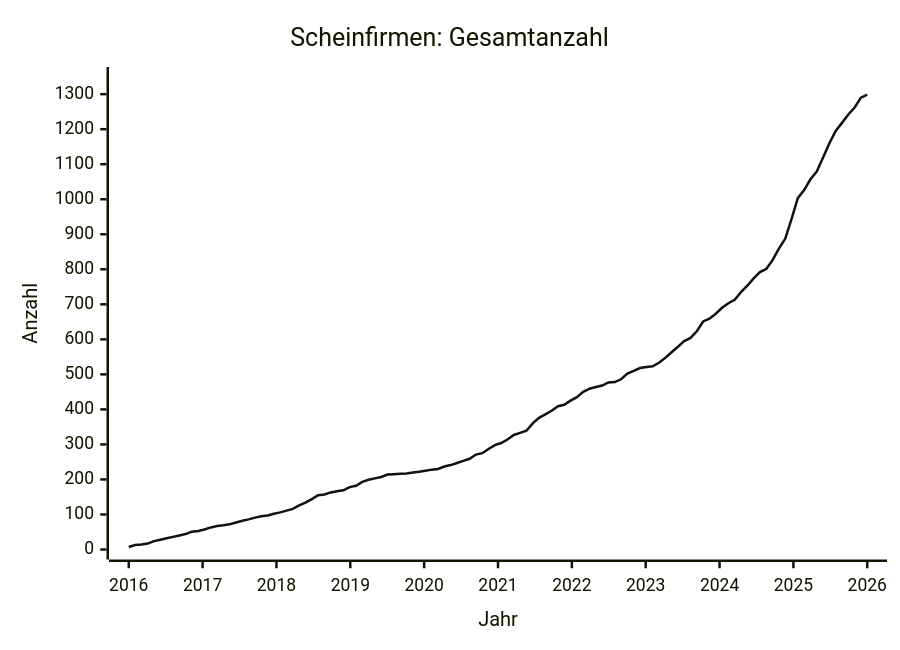
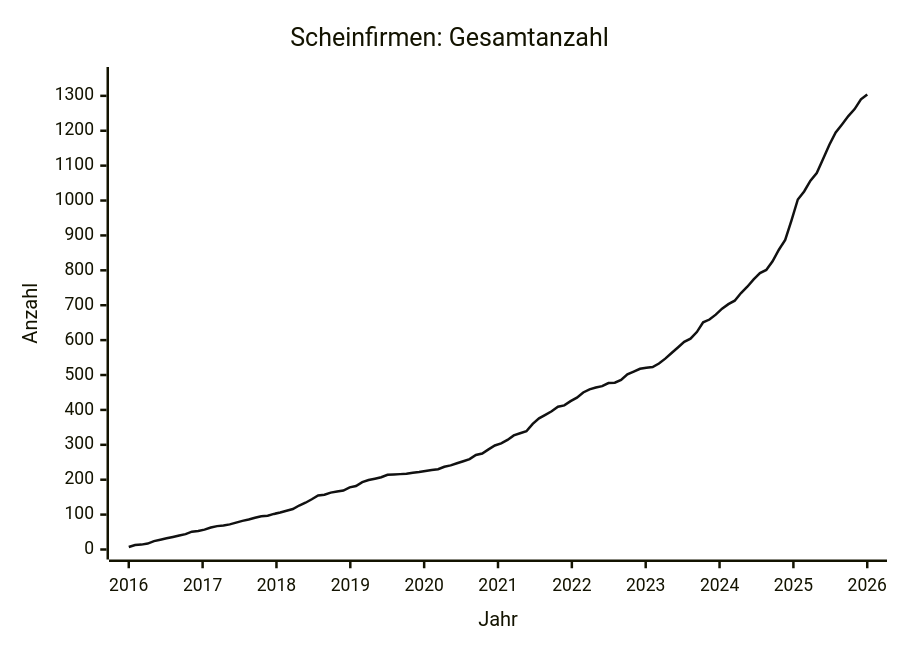
The diagram in data/STATS.md (arjoma/scheinfirmen-at), drawn with Mermaid before and after one commit. The commit also changed other lines of this file and 3 other files, not shown here.

````diff
--- a/data/STATS.md
+++ b/data/STATS.md
@@ -9,13 +9,13 @@
 ```mermaid
 ---
 config:
   themeVariables:
     xyChart:
       plotColorPalette: "#111111"
 ---
 xychart-beta
     title "Scheinfirmen: Gesamtanzahl"
     x-axis "Jahr" 2016 --> 2026
-    y-axis "Anzahl" 0 --> 1349
-    line [7, 13, 14, 17, 24, 28, 32, 36, 40, 44, 51, 53, 57, 63, 67, 69, 72, 77, 82, 86, 91, 95, 97, 102, 106, 111, 116, 126, 134, 144, 155, 157, 163, 166, 169, 178, 182, 193, 199, 203, 207, 214, 215, 216, 217, 220, 222, 225, 228, 230, 237, 241, 247, 253, 259, 271, 275, 287, 298, 304, 314, 327, 333, 339, 360, 376, 386, 396, 409, 413, 425, 435, 450, 459, 464, 468, 477, 478, 486, 502, 510, 518, 521, 523, 533, 547, 563, 579, 595, 604, 623, 651, 659, 673, 690, 703, 713, 735, 753, 774, 792, 801, 826, 859, 887, 943, 1003, 1026, 1057, 1079, 1119, 1160, 1195, 1218, 1242, 1262, 1290, 1299]
+    y-axis "Anzahl" 0 --> 1354
+    line [7, 13, 14, 17, 24, 28, 32, 36, 40, 44, 51, 53, 57, 63, 67, 69, 72, 77, 82, 86, 91, 95, 97, 102, 106, 111, 116, 126, 134, 144, 155, 157, 163, 166, 169, 178, 182, 193, 199, 203, 207, 214, 215, 216, 217, 220, 222, 225, 228, 230, 237, 241, 247, 253, 259, 271, 275, 287, 298, 304, 314, 327, 333, 339, 360, 376, 386, 396, 409, 413, 425, 435, 450, 459, 464, 468, 477, 478, 486, 502, 510, 518, 521, 523, 533, 547, 563, 579, 595, 604, 623, 651, 659, 673, 690, 703, 713, 735, 753, 774, 792, 801, 826, 859, 887, 943, 1003, 1026, 1057, 1079, 1119, 1160, 1195, 1218, 1242, 1262, 1290, 1304]
 ```
````
